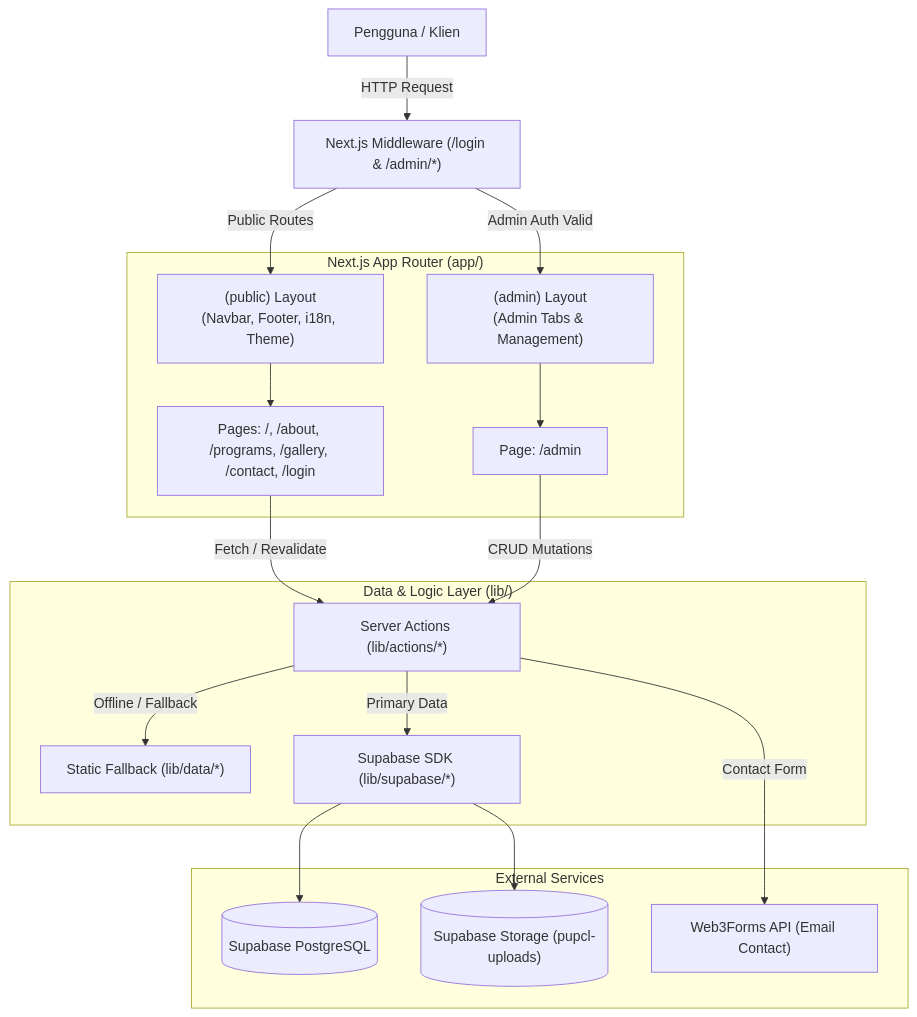
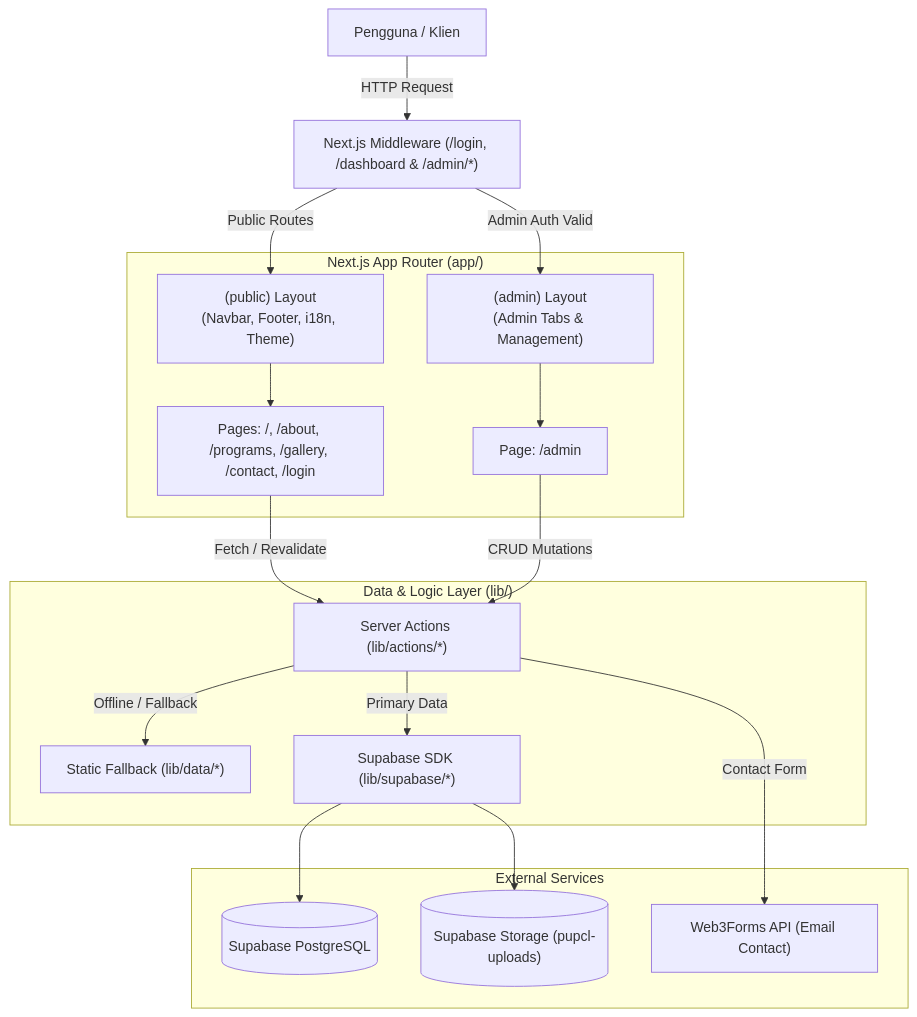
The diagram in docs/ARCHITECTURE.md (mrizalbasri/CodeLab), drawn with Mermaid before and after one commit. The commit also changed other lines of this file and 5 other files, not shown here.

Commit message:
fix(auth): enforce role-based login flow

````diff
--- a/docs/ARCHITECTURE.md
+++ b/docs/ARCHITECTURE.md
@@ -11,41 +11,41 @@
 ```mermaid
 flowchart TD
     User["Pengguna / Klien"]
-    Middleware["Next.js Middleware (/login & /admin/*)"]
+    Middleware["Next.js Middleware (/login, /dashboard & /admin/*)"]
     
     subgraph Routing ["Next.js App Router (app/)"]
         PublicGroup["(public) Layout<br/>(Navbar, Footer, i18n, Theme)"]
         AdminGroup["(admin) Layout<br/>(Admin Tabs & Management)"]
         PublicPages["Pages: /, /about, /programs, /gallery, /contact, /login"]
         AdminPage["Page: /admin"]
     end
 
     subgraph DataLayer ["Data & Logic Layer (lib/)"]
         ServerActions["Server Actions (lib/actions/*)"]
         StaticData["Static Fallback (lib/data/*)"]
         SupabaseMod["Supabase SDK (lib/supabase/*)"]
     end
 
     subgraph External ["External Services"]
         SupabaseDB[("Supabase PostgreSQL")]
         SupabaseStorage[("Supabase Storage (pupcl-uploads)")]
         Web3Forms["Web3Forms API (Email Contact)"]
     end
 
     User -->|HTTP Request| Middleware
     Middleware -->|Public Routes| PublicGroup
     Middleware -->|Admin Auth Valid| AdminGroup
     
     PublicGroup --> PublicPages
     AdminGroup --> AdminPage
 
     PublicPages -->|Fetch / Revalidate| ServerActions
     AdminPage -->|CRUD Mutations| ServerActions
     
     ServerActions -->|Primary Data| SupabaseMod
     ServerActions -->|Offline / Fallback| StaticData
     ServerActions -->|Contact Form| Web3Forms
 
     SupabaseMod --> SupabaseDB
     SupabaseMod --> SupabaseStorage
 ```
````
